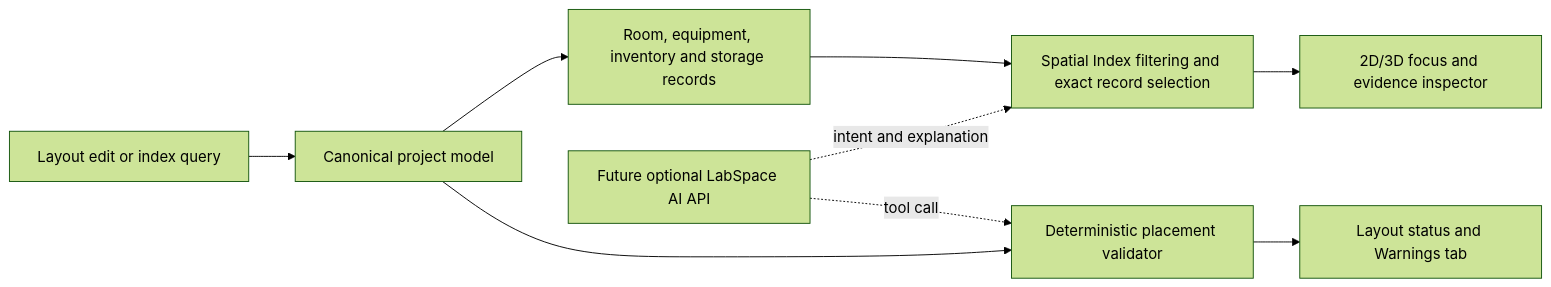
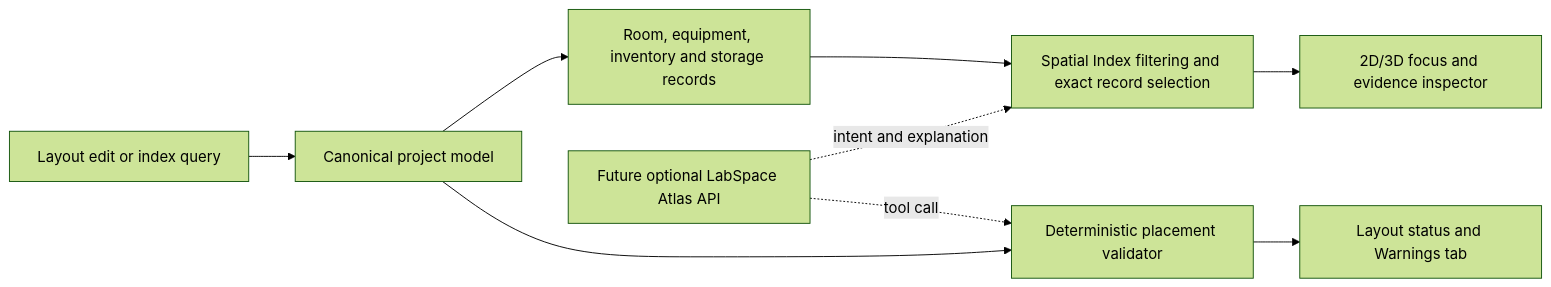
Before and after one commit to MuhammedJshi96/LabSpace-AI-Indexer: the diagram in docs/submission/BUILD_WEEK_IMPLEMENTATION.md, drawn with Mermaid (forest theme). The commit also changed other lines of this file and 32 other files, not shown here.

Commit message:
feat: rebrand product as LabSpace Atlas

````diff
--- a/docs/submission/BUILD_WEEK_IMPLEMENTATION.md
+++ b/docs/submission/BUILD_WEEK_IMPLEMENTATION.md
@@ -31,11 +31,11 @@
 ```mermaid
 flowchart LR
     A["Layout edit or index query"] --> B["Canonical project model"]
     B --> C["Room, equipment, inventory and storage records"]
     B --> D["Deterministic placement validator"]
     C --> E["Spatial Index filtering and exact record selection"]
     E --> F["2D/3D focus and evidence inspector"]
     D --> G["Layout status and Warnings tab"]
-    H["Future optional LabSpace AI API"] -. intent and explanation .-> E
+    H["Future optional LabSpace Atlas API"] -. intent and explanation .-> E
     H -. tool call .-> D
 ```
````
